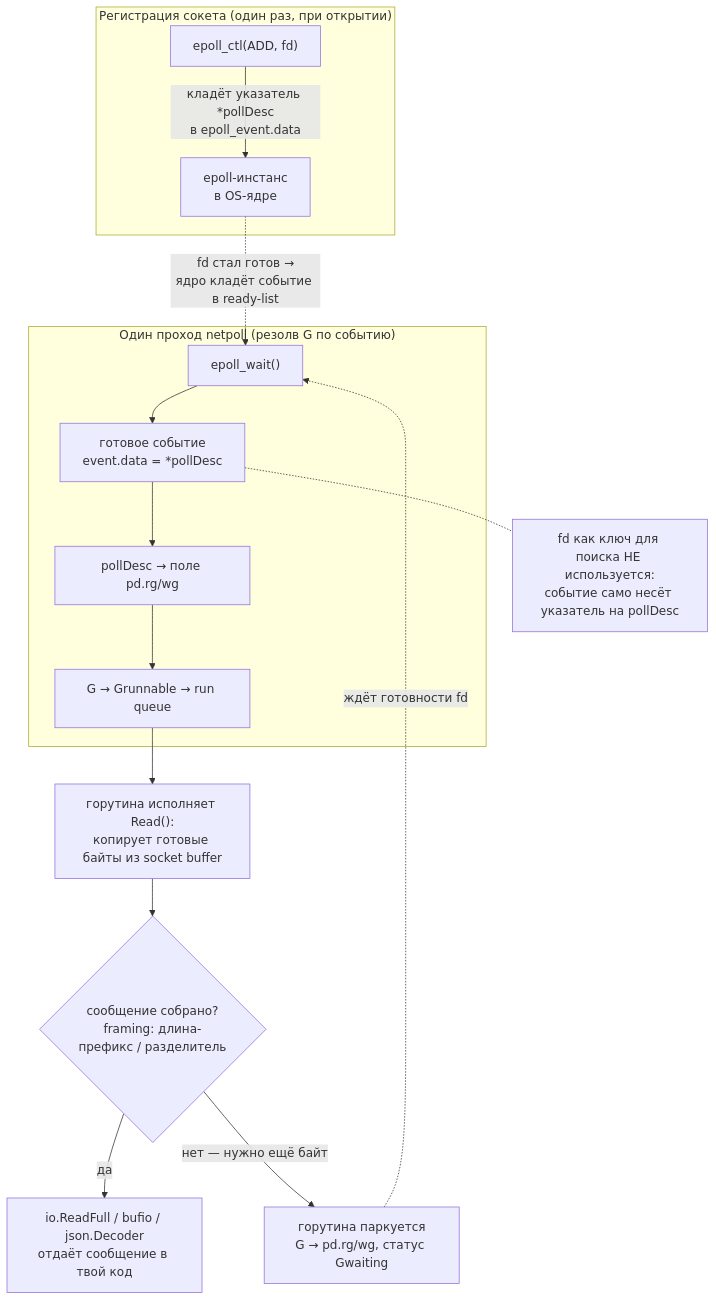
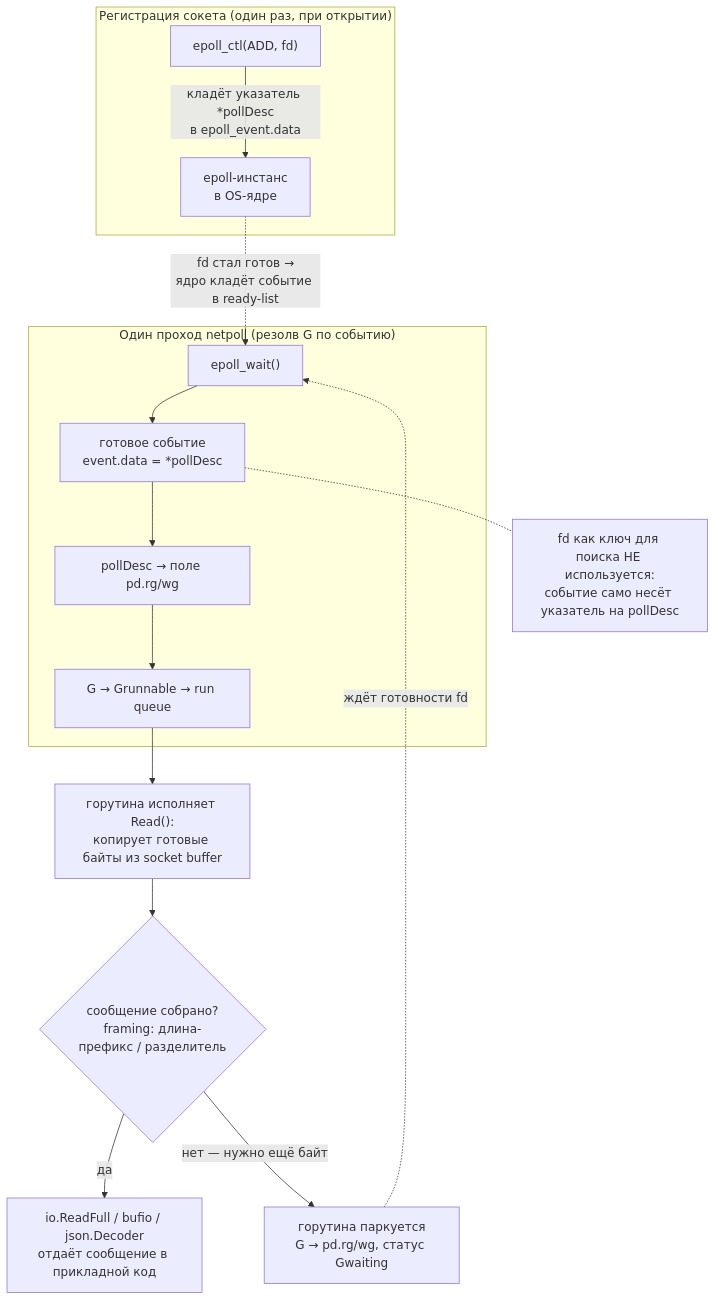
Before and after one commit to fev0ks/LearnGoLang: the diagram in docs/senior-golang-study/01-go-core/runtime-scheduler/03-netpoller.md, drawn with Mermaid. The commit also changed other lines of this file and 201 other files, not shown here.

````diff
--- a/docs/senior-golang-study/01-go-core/runtime-scheduler/03-netpoller.md
+++ b/docs/senior-golang-study/01-go-core/runtime-scheduler/03-netpoller.md
@@ -322,25 +322,25 @@
 ```mermaid
 flowchart TD
     subgraph reg["Регистрация сокета (один раз, при открытии)"]
         A["epoll_ctl(ADD, fd)"] -->|"кладёт указатель *pollDesc<br/>в epoll_event.data"| EP["epoll-инстанс<br/>в OS-ядре"]
     end
 
     subgraph one["Один проход netpoll (резолв G по событию)"]
         W["epoll_wait()"] --> EV["готовое событие<br/>event.data = *pollDesc"]
         EV --> PD["pollDesc → поле pd.rg/wg"]
         PD --> SCHED["G → Grunnable → run queue"]
     end
 
     EP -.->|"fd стал готов →<br/>ядро кладёт событие в ready-list"| W
     SCHED --> RUN["горутина исполняет Read():<br/>копирует готовые байты из socket buffer"]
     RUN --> Q{"сообщение собрано?<br/>framing: длина-префикс / разделитель"}
    
-    Q -->|"да"| DONE["io.ReadFull / bufio / json.Decoder<br/>отдаёт сообщение в твой код"]
+    Q -->|"да"| DONE["io.ReadFull / bufio / json.Decoder<br/>отдаёт сообщение в прикладной код"]
 
     PARK["горутина паркуется<br/>G → pd.rg/wg, статус Gwaiting"]
     Q -->|"нет — нужно ещё байт"| PARK
     PARK -.->|"ждёт готовности fd"| W
     
     NOTE["fd как ключ для поиска НЕ используется:<br/>событие само несёт указатель на pollDesc"]
     EV -.- NOTE
 ```
````
